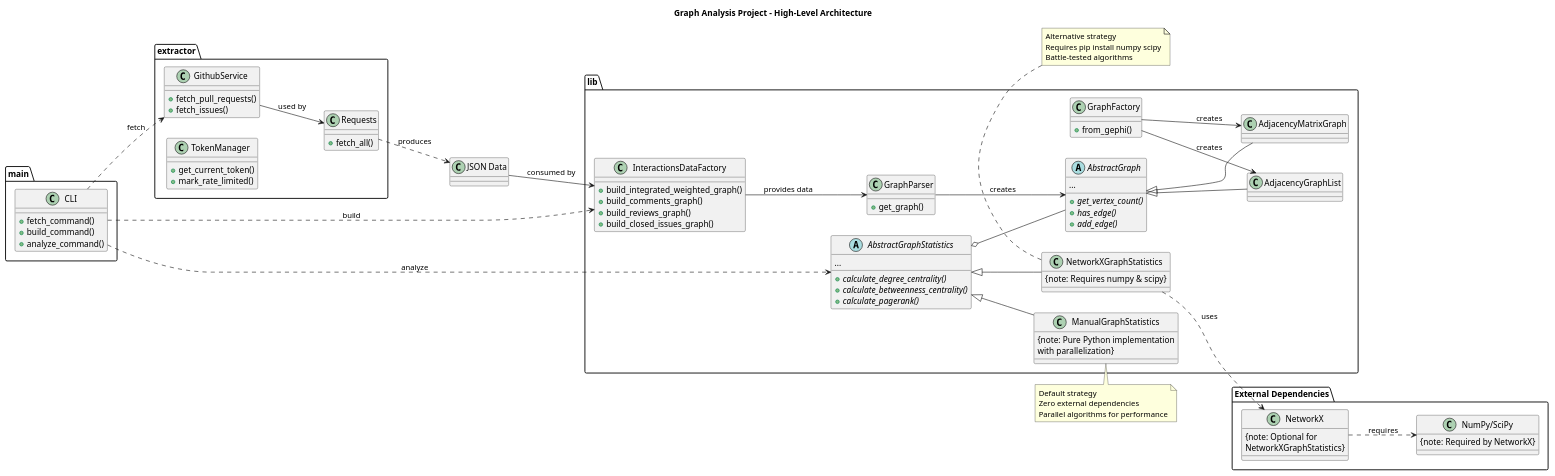
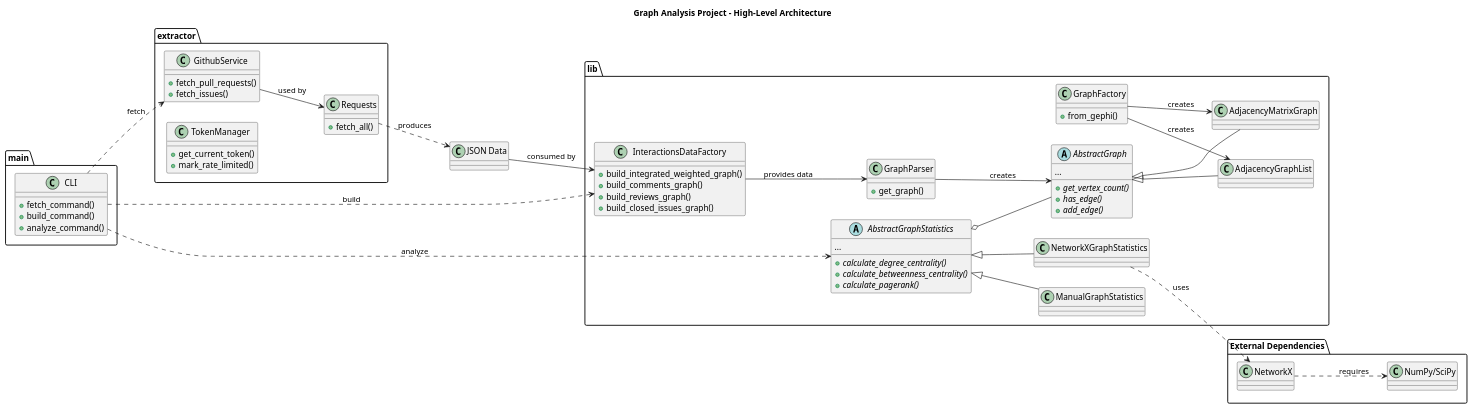
One commit to BGLuis/Trabalho-pratico-grafos changed the diagram in docs/class/overview.puml. Above: the diagram before and after it, drawn with PlantUML. The commit also changed 13 other files, not shown here.

Commit message:
docs: updated class diagram

```diff
--- a/docs/class/overview.puml
+++ b/docs/class/overview.puml
@@ -1,123 +1,107 @@
 @startuml overview-class-diagram
 
 title Graph Analysis Project - High-Level Architecture
 
 left to right direction
 
 package "extractor" {
     class GithubService {
         + fetch_pull_requests()
         + fetch_issues()
     }
     
     class TokenManager {
         + get_current_token()
         + mark_rate_limited()
     }
     
     class Requests {
         + fetch_all()
     }
 }
 
 package "lib" {
     abstract class AbstractGraph {
         + {abstract} get_vertex_count()
         + {abstract} has_edge()
         + {abstract} add_edge()
         ...
     }
     
     class AdjacencyGraphList {
     }
     
     class AdjacencyMatrixGraph {
     }
     
     class GraphFactory {
         + from_gephi()
     }
     
     class InteractionsDataFactory {
         + build_integrated_weighted_graph()
         + build_comments_graph()
         + build_reviews_graph()
         + build_closed_issues_graph()
     }
     
     class GraphParser {
         + get_graph()
     }
     
     abstract class AbstractGraphStatistics {
         + {abstract} calculate_degree_centrality()
         + {abstract} calculate_betweenness_centrality()
         + {abstract} calculate_pagerank()
         ...
     }
     
     class ManualGraphStatistics {
-        {note: Pure Python implementation\nwith parallelization}
     }
     
     class NetworkXGraphStatistics {
-        {note: Requires numpy & scipy}
     }
 }
 
 package "main" {
     class CLI {
         + fetch_command()
         + build_command()
         + analyze_command()
     }
 }
 
 package "External Dependencies" {
     class NetworkX {
-        {note: Optional for\nNetworkXGraphStatistics}
     }
     
     class "NumPy/SciPy" {
-        {note: Required by NetworkX}
     }
 }
 
 ' Relationships
 GithubService --> Requests : used by
 Requests ..> "JSON Data" : produces
 
 "JSON Data" --> InteractionsDataFactory : consumed by
 InteractionsDataFactory --> GraphParser : provides data
 GraphParser --> AbstractGraph : creates
 
 GraphFactory --> AdjacencyGraphList : creates
 GraphFactory --> AdjacencyMatrixGraph : creates
 
 AbstractGraph <|-- AdjacencyGraphList
 AbstractGraph <|-- AdjacencyMatrixGraph
 
 AbstractGraphStatistics <|-- ManualGraphStatistics
 AbstractGraphStatistics <|-- NetworkXGraphStatistics
 AbstractGraphStatistics o-- AbstractGraph
 
 NetworkXGraphStatistics ..> NetworkX : uses
 NetworkX ..> "NumPy/SciPy" : requires
 
 CLI ..> GithubService : fetch
 CLI ..> InteractionsDataFactory : build
 CLI ..> AbstractGraphStatistics : analyze
 
-note top of ManualGraphStatistics
-  Default strategy
-  Zero external dependencies
-  Parallel algorithms for performance
-end note
-
-note top of NetworkXGraphStatistics
-  Alternative strategy
-  Requires pip install numpy scipy
-  Battle-tested algorithms
-end note
-
 @enduml
```
